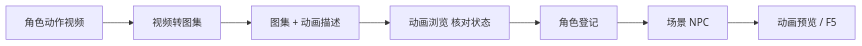
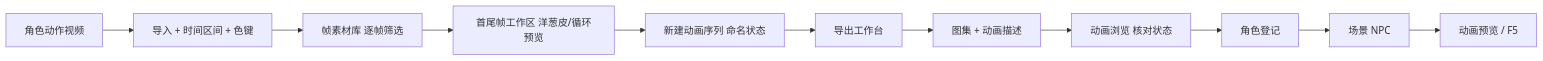
The diagram in docs/editors/asset-domain/video-to-atlas.md (wubugui/GDoc), drawn with Mermaid before and after one commit. The commit also changed other lines of this file and 112 other files, not shown here.

````diff
--- a/docs/editors/asset-domain/video-to-atlas.md
+++ b/docs/editors/asset-domain/video-to-atlas.md
@@ -82,9 +41,13 @@
 ```mermaid
 flowchart LR
-  VID[角色动作视频] --> VTA[视频转图集]
-  VTA --> PKG[图集 + 动画描述]
+  VID[角色动作视频] --> IMP[导入 + 时间区间 + 色键]
+  IMP --> LIB[帧素材库 逐帧筛选]
+  LIB --> FL[首尾帧工作区 洋葱皮/循环预览]
+  FL --> CLIP[新建动画序列 命名状态]
+  CLIP --> EXP[导出工作台]
+  EXP --> PKG[图集 + 动画描述]
   PKG --> BR[动画浏览 核对状态]
   BR --> REG[角色登记]
   REG --> SC[场景 NPC]
   SC --> AP[动画预览 / F5]
 ```
````
